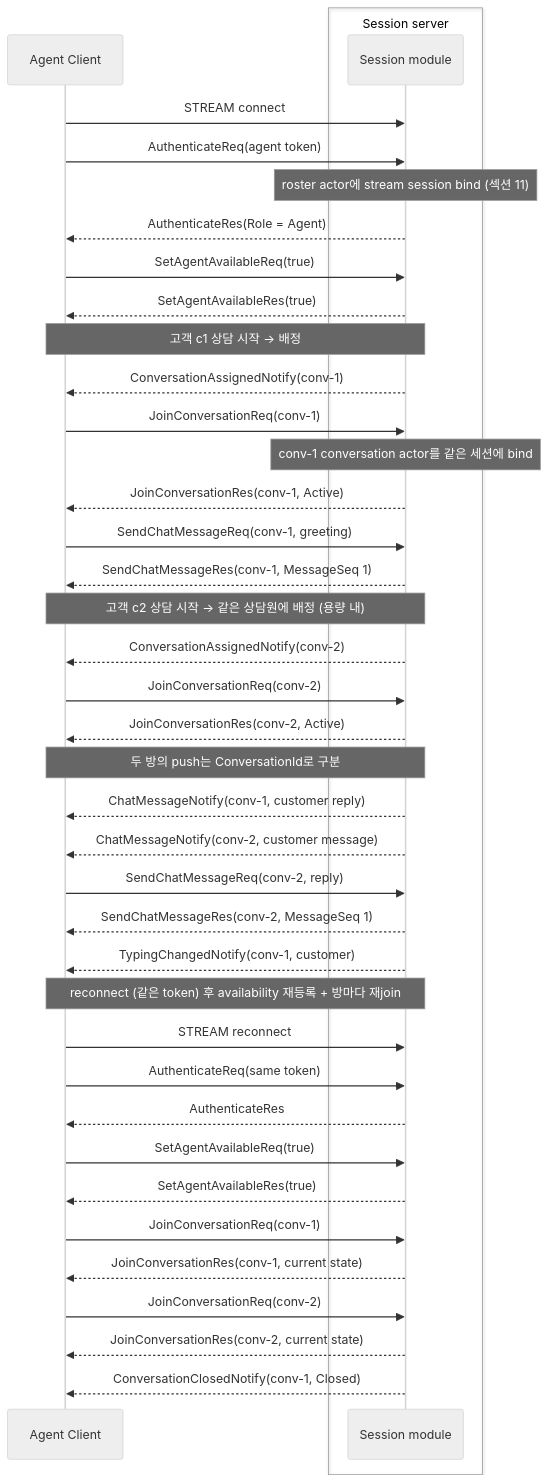
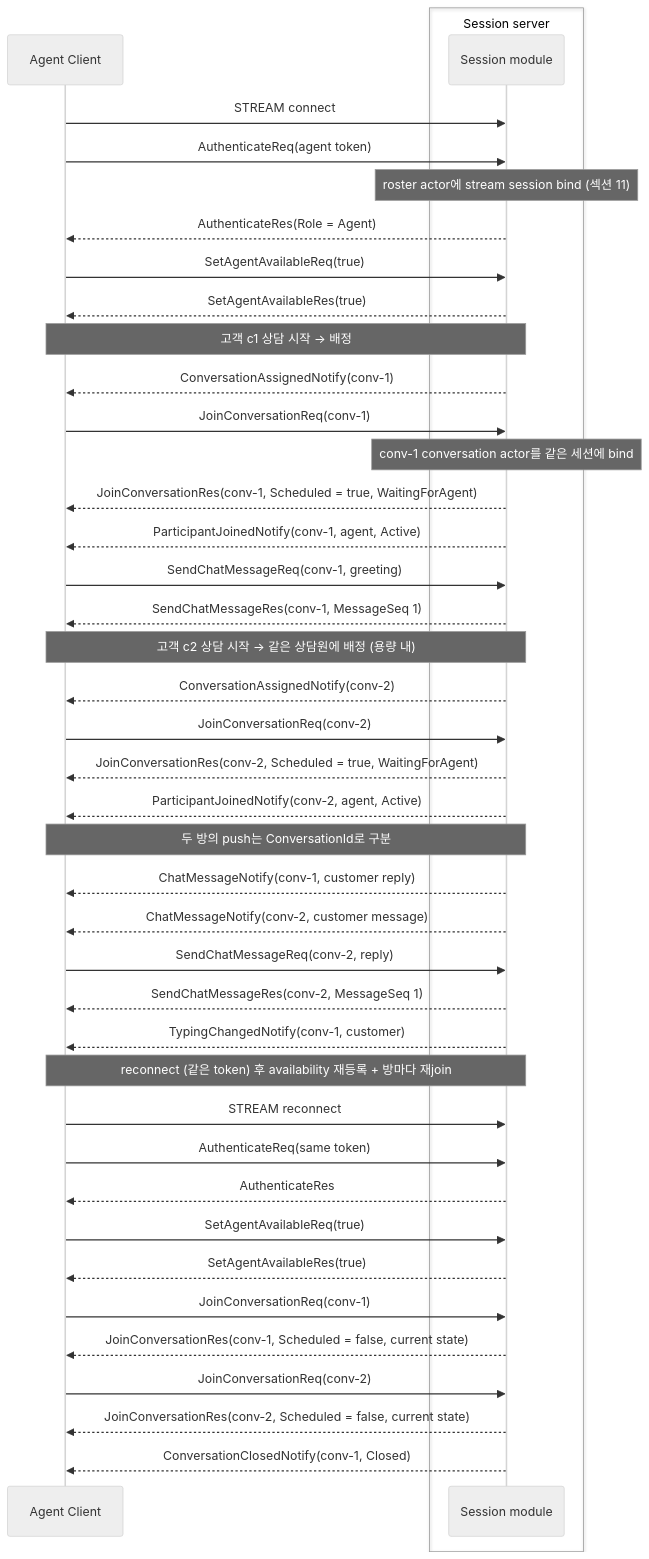
Before and after one commit to kairos-code-dev/zlink: the ninth of 9 diagrams in framework/doc/framework/common/sample/supportchat/README.ko.md, drawn with Mermaid (neutral theme). The commit also changed other lines of this file and 1160 other files, not shown here.

````diff
--- a/framework/doc/framework/common/sample/supportchat/README.ko.md
+++ b/framework/doc/framework/common/sample/supportchat/README.ko.md
@@ -987,49 +978,51 @@
 ```mermaid
 sequenceDiagram
     participant A as Agent Client
 
     box Session server
         participant S as Session module
     end
 
     A->>S: STREAM connect
     A->>S: AuthenticateReq(agent token)
     Note over S: roster actor에 stream session bind (섹션 11)
     S-->>A: AuthenticateRes(Role = Agent)
     A->>S: SetAgentAvailableReq(true)
     S-->>A: SetAgentAvailableRes(true)
 
     Note over A,S: 고객 c1 상담 시작 → 배정
     S-->>A: ConversationAssignedNotify(conv-1)
     A->>S: JoinConversationReq(conv-1)
     Note over S: conv-1 conversation actor를 같은 세션에 bind
-    S-->>A: JoinConversationRes(conv-1, Active)
+    S-->>A: JoinConversationRes(conv-1, Scheduled = true, WaitingForAgent)
+    S-->>A: ParticipantJoinedNotify(conv-1, agent, Active)
     A->>S: SendChatMessageReq(conv-1, greeting)
     S-->>A: SendChatMessageRes(conv-1, MessageSeq 1)
 
     Note over A,S: 고객 c2 상담 시작 → 같은 상담원에 배정 (용량 내)
     S-->>A: ConversationAssignedNotify(conv-2)
     A->>S: JoinConversationReq(conv-2)
-    S-->>A: JoinConversationRes(conv-2, Active)
+    S-->>A: JoinConversationRes(conv-2, Scheduled = true, WaitingForAgent)
+    S-->>A: ParticipantJoinedNotify(conv-2, agent, Active)
 
     Note over A,S: 두 방의 push는 ConversationId로 구분
     S-->>A: ChatMessageNotify(conv-1, customer reply)
     S-->>A: ChatMessageNotify(conv-2, customer message)
     A->>S: SendChatMessageReq(conv-2, reply)
     S-->>A: SendChatMessageRes(conv-2, MessageSeq 1)
 
     S-->>A: TypingChangedNotify(conv-1, customer)
 
     Note over A,S: reconnect (같은 token) 후 availability 재등록 + 방마다 재join
     A->>S: STREAM reconnect
     A->>S: AuthenticateReq(same token)
     S-->>A: AuthenticateRes
     A->>S: SetAgentAvailableReq(true)
     S-->>A: SetAgentAvailableRes(true)
     A->>S: JoinConversationReq(conv-1)
-    S-->>A: JoinConversationRes(conv-1, current state)
+    S-->>A: JoinConversationRes(conv-1, Scheduled = false, current state)
     A->>S: JoinConversationReq(conv-2)
-    S-->>A: JoinConversationRes(conv-2, current state)
+    S-->>A: JoinConversationRes(conv-2, Scheduled = false, current state)
 
     S-->>A: ConversationClosedNotify(conv-1, Closed)
 ```
````
